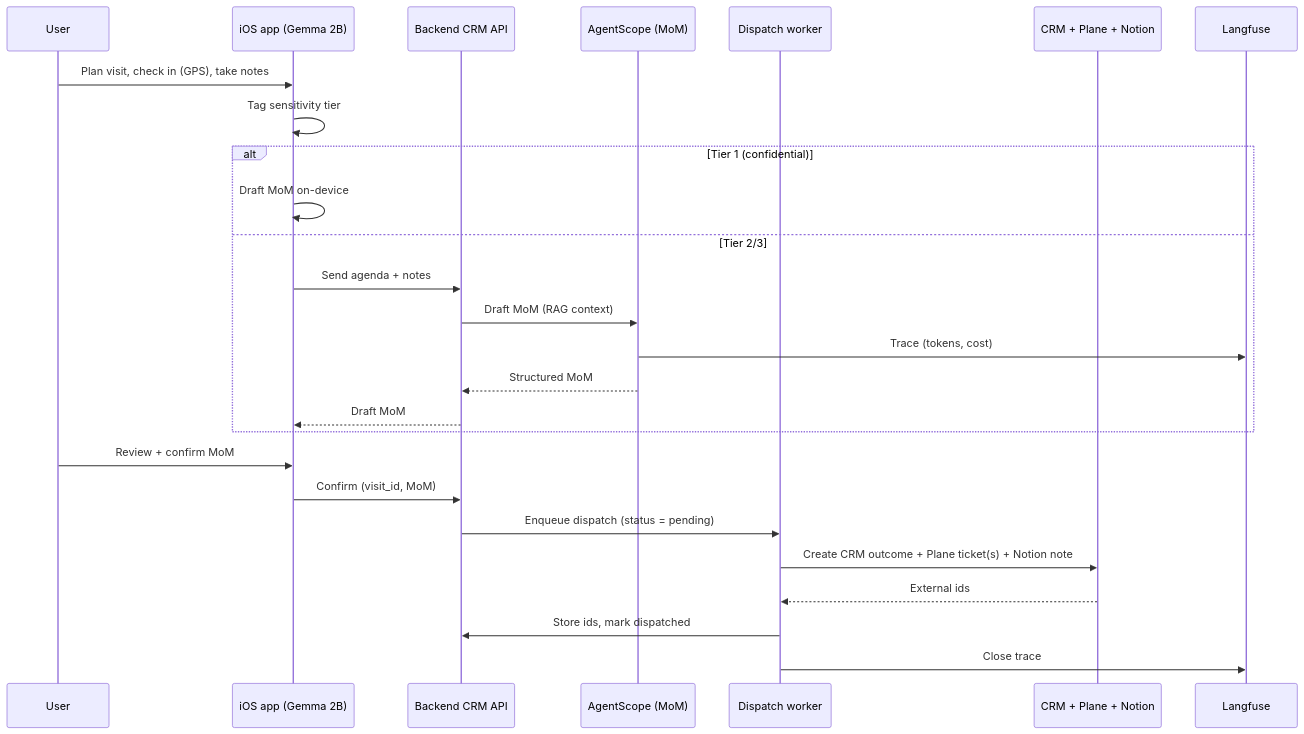
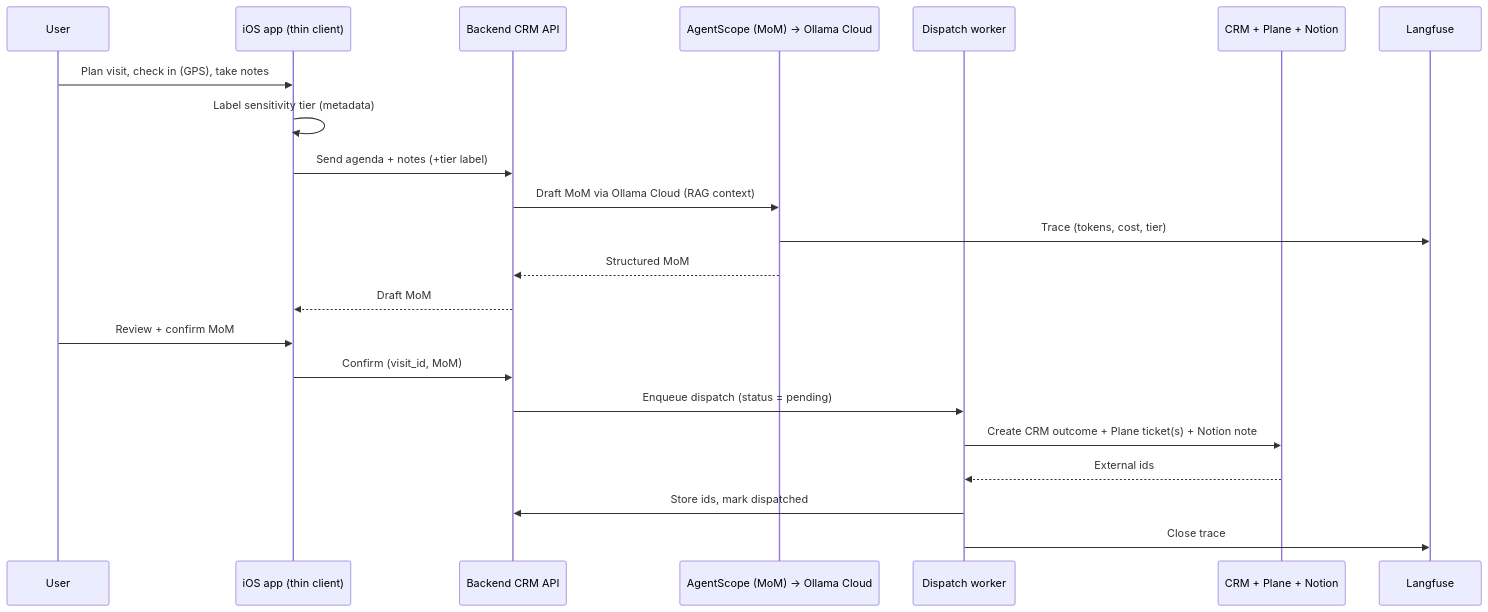
The fourth of 4 diagrams in docs/04-architecture.md (ThomasHeinThura/one-assistant), drawn with Mermaid before and after one commit. The commit also changed other lines of this file and 34 other files, not shown here.

First line of the commit message:
Switch AI to Ollama Cloud only; remove all on-device/SLM paths

````diff
--- a/docs/04-architecture.md
+++ b/docs/04-architecture.md
@@ -103,29 +101,25 @@
 ```mermaid
 sequenceDiagram
   participant U as User
-  participant P as iOS app (Gemma 2B)
+  participant P as iOS app (thin client)
   participant A as Backend CRM API
-  participant O as AgentScope (MoM)
+  participant O as AgentScope (MoM) → Ollama Cloud
   participant D as Dispatch worker
   participant X as CRM + Plane + Notion
   participant L as Langfuse
 
   U->>P: Plan visit, check in (GPS), take notes
-  P->>P: Tag sensitivity tier
-  alt Tier 1 (confidential)
-    P->>P: Draft MoM on-device
-  else Tier 2/3
-    P->>A: Send agenda + notes
-    A->>O: Draft MoM (RAG context)
-    O->>L: Trace (tokens, cost)
-    O-->>A: Structured MoM
-    A-->>P: Draft MoM
-  end
+  P->>P: Label sensitivity tier (metadata)
+  P->>A: Send agenda + notes (+tier label)
+  A->>O: Draft MoM via Ollama Cloud (RAG context)
+  O->>L: Trace (tokens, cost, tier)
+  O-->>A: Structured MoM
+  A-->>P: Draft MoM
   U->>P: Review + confirm MoM
   P->>A: Confirm (visit_id, MoM)
   A->>D: Enqueue dispatch (status = pending)
   D->>X: Create CRM outcome + Plane ticket(s) + Notion note
   X-->>D: External ids
   D->>A: Store ids, mark dispatched
   D->>L: Close trace
 ```
````
